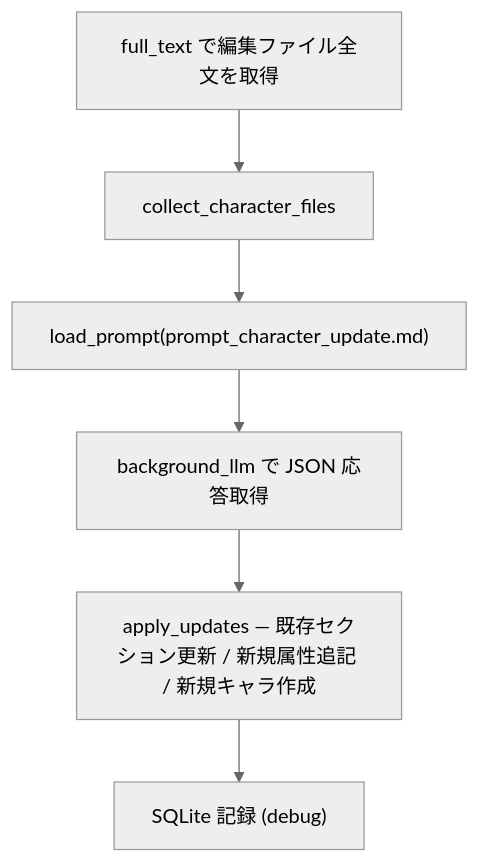
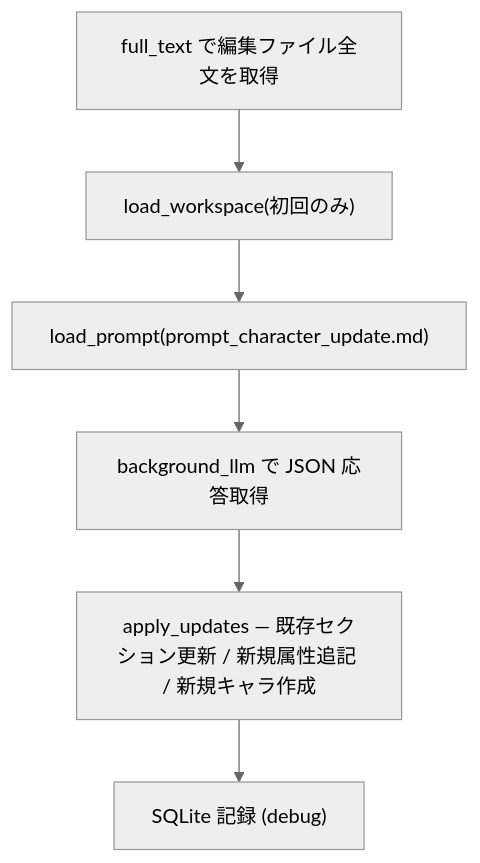
The second of 2 diagrams in docs/character-updater.md (Talos208/fifty_four), drawn with Mermaid (neutral theme) before and after one commit. The commit also changed other lines of this file and 9 other files, not shown here.

````diff
--- a/docs/character-updater.md
+++ b/docs/character-updater.md
@@ -37,8 +37,8 @@
 ```mermaid
 flowchart TD
-    A["full_text で編集ファイル全文を取得"] --> B["collect_character_files"]
+    A["full_text で編集ファイル全文を取得"] --> B["load_workspace(初回のみ)"]
     B --> C["load_prompt(prompt_character_update.md)"]
     C --> D["background_llm で JSON 応答取得"]
     D --> E["apply_updates — 既存セクション更新 / 新規属性追記 / 新規キャラ作成"]
     E --> F["SQLite 記録 (debug)"]
 ```
````
